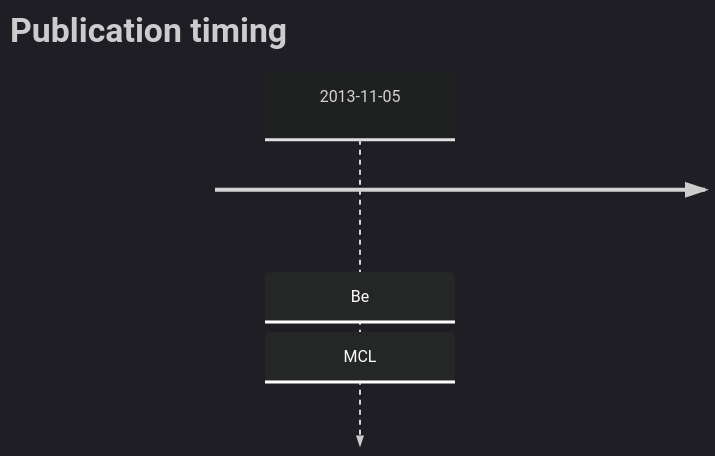
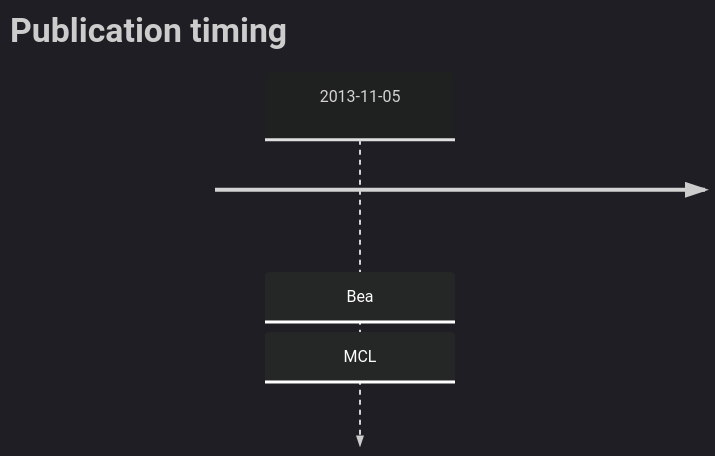
One commit to morinlab/lymphopedia changed the diagram in CCND1.md. Above: the diagram before and after it, drawn with Mermaid. The commit also changed 17 other files, not shown here.

````diff
--- a/CCND1.md
+++ b/CCND1.md
@@ -3,6 +3,6 @@
 ```mermaid
 %%{init: { 'logLevel': 'debug', 'theme': 'dark' } }%%
 timeline
     title Publication timing
-      2013-11-05 : Be : MCL
+      2013-11-05 : Bea : MCL
 ```
````
